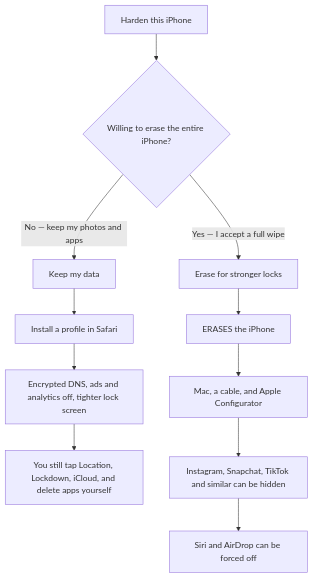
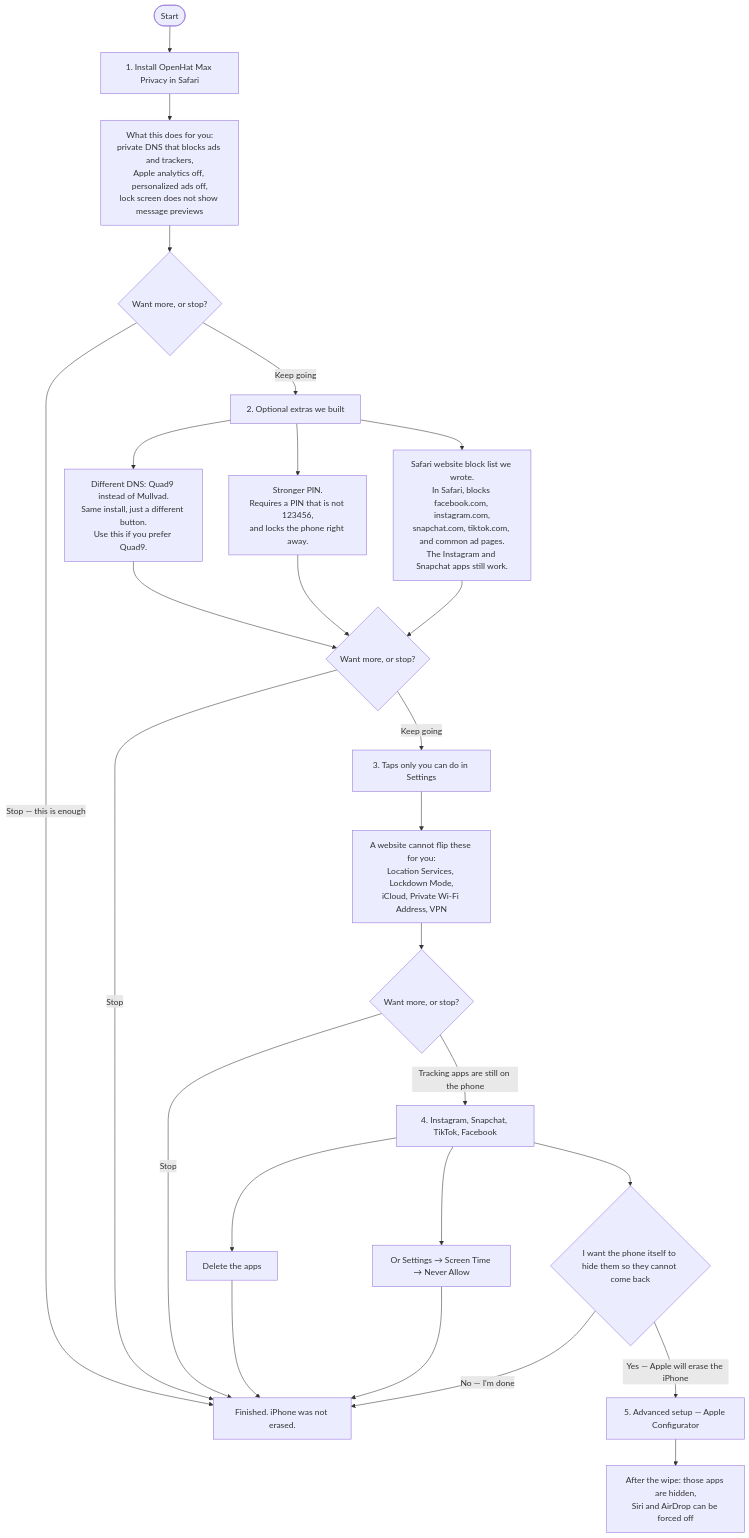
Before and after one commit to openhat-security/ios-max-security: the diagram in README.md, drawn with Mermaid. The commit also changed other lines of this file and 15 other files, not shown here.

````diff
--- a/README.md
+++ b/README.md
@@ -9,16 +9,48 @@
 ```mermaid
 flowchart TD
-  start[Harden this iPhone] --> wipe{Willing to erase the entire iPhone?}
+  start([Start]) --> s1["1. Install OpenHat Max Privacy in Safari"]
+  s1 --> s1d["What this does for you:
+private DNS that blocks ads and trackers,
+Apple analytics off, personalized ads off,
+lock screen does not show message previews"]
+  s1d --> stop1{Want more, or stop?}
+  stop1 -->|Stop — this is enough| done[Finished. iPhone was not erased.]
+  stop1 -->|Keep going| s2
 
-  wipe -->|No — keep my photos and apps| keep[Keep my data]
-  wipe -->|Yes — I accept a full wipe| erase[Erase for stronger locks]
+  s2["2. Optional extras we built"]
+  s2 --> dns["Different DNS: Quad9 instead of Mullvad.
+Same install, just a different button.
+Use this if you prefer Quad9."]
+  s2 --> pin["Stronger PIN.
+Requires a PIN that is not 123456,
+and locks the phone right away."]
+  s2 --> safari["Safari website block list we wrote.
+In Safari, blocks facebook.com, instagram.com,
+snapchat.com, tiktok.com, and common ad pages.
+The Instagram and Snapchat apps still work."]
+  dns --> stop2{Want more, or stop?}
+  pin --> stop2
+  safari --> stop2
+  stop2 -->|Stop| done
+  stop2 -->|Keep going| s3
 
-  keep --> k1[Install a profile in Safari]
-  k1 --> k2[Encrypted DNS, ads and analytics off, tighter lock screen]
-  k2 --> k3[You still tap Location, Lockdown, iCloud, and delete apps yourself]
+  s3["3. Taps only you can do in Settings"]
+  s3 --> s3d["A website cannot flip these for you:
+Location Services, Lockdown Mode,
+iCloud, Private Wi-Fi Address, VPN"]
+  s3d --> stop3{Want more, or stop?}
+  stop3 -->|Stop| done
+  stop3 -->|Tracking apps are still on the phone| s4
 
-  erase --> e1[ERASES the iPhone]
-  e1 --> e2[Mac, a cable, and Apple Configurator]
-  e2 --> e3[Instagram, Snapchat, TikTok and similar can be hidden]
-  e3 --> e4[Siri and AirDrop can be forced off]
+  s4["4. Instagram, Snapchat, TikTok, Facebook"]
+  s4 --> del["Delete the apps"]
+  s4 --> st["Or Settings → Screen Time → Never Allow"]
+  del --> done
+  st --> done
+  s4 --> s5{I want the phone itself to hide them so they cannot come back}
+
+  s5 -->|No — I'm done| done
+  s5 -->|Yes — Apple will erase the iPhone| wipe["5. Advanced setup — Apple Configurator"]
+  wipe --> hidden["After the wipe: those apps are hidden,
+Siri and AirDrop can be forced off"]
 ```
````
